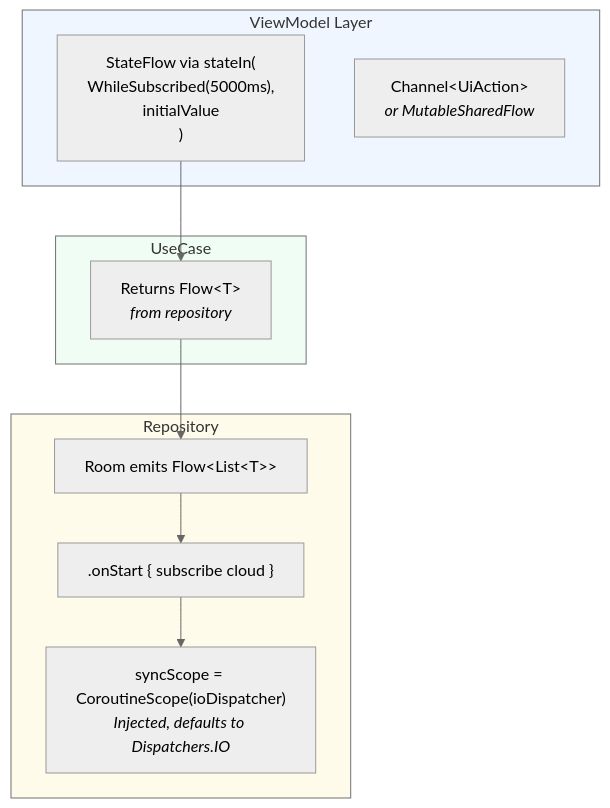
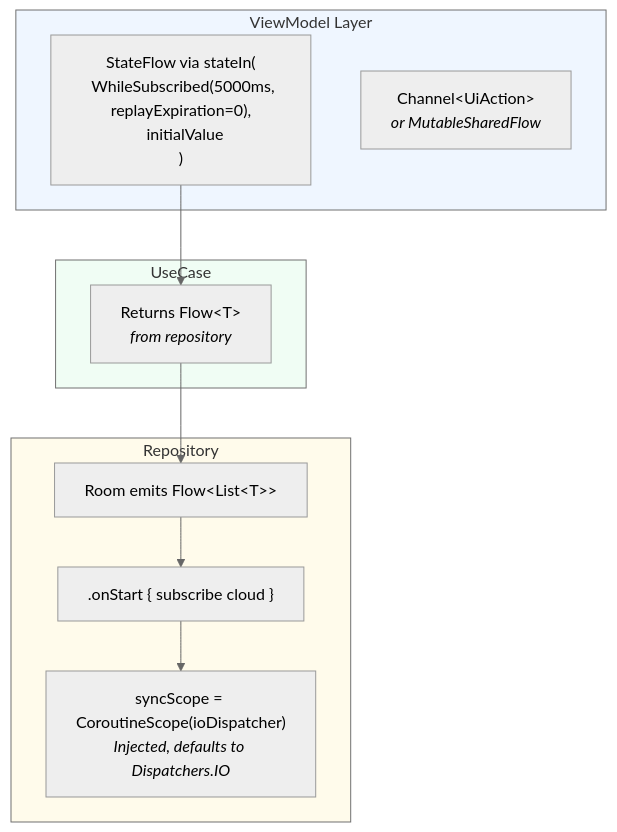
Diagram 25 of 27 in wiki/architecture-diagrams.md (pedrazamiguez/expense-share-app), drawn with Mermaid (neutral theme) before and after one commit. The commit also changed other lines of this file and 13 other files, not shown here.

````diff
--- a/wiki/architecture-diagrams.md
+++ b/wiki/architecture-diagrams.md
@@ -889,25 +889,25 @@
 ```mermaid
 graph TB
     subgraph ViewModelLayer["ViewModel Layer"]
-        VMSF["StateFlow via stateIn(<br/>  WhileSubscribed(5000ms),<br/>  initialValue<br/>)"]
+        VMSF["StateFlow via stateIn(<br/>  WhileSubscribed(5000ms, replayExpiration=0),<br/>  initialValue<br/>)"]
         VMCH["Channel&lt;UiAction&gt;<br/><i>or MutableSharedFlow</i>"]
     end
 
     subgraph DomainUC["UseCase"]
         UCFLOW["Returns Flow&lt;T&gt;<br/><i>from repository</i>"]
     end
 
     subgraph RepoLayer["Repository"]
         ROOM_FLOW["Room emits Flow&lt;List&lt;T&gt;&gt;"]
         ON_START[".onStart { subscribe cloud }"]
         SYNC_SCOPE["syncScope = CoroutineScope(ioDispatcher)<br/><i>Injected, defaults to Dispatchers.IO</i>"]
     end
 
     VMSF --> UCFLOW --> ROOM_FLOW
     ROOM_FLOW --> ON_START
     ON_START --> SYNC_SCOPE
 
     style ViewModelLayer fill:#eff6ff
     style DomainUC fill:#f0fdf4
     style RepoLayer fill:#fffbeb
 ```
````
